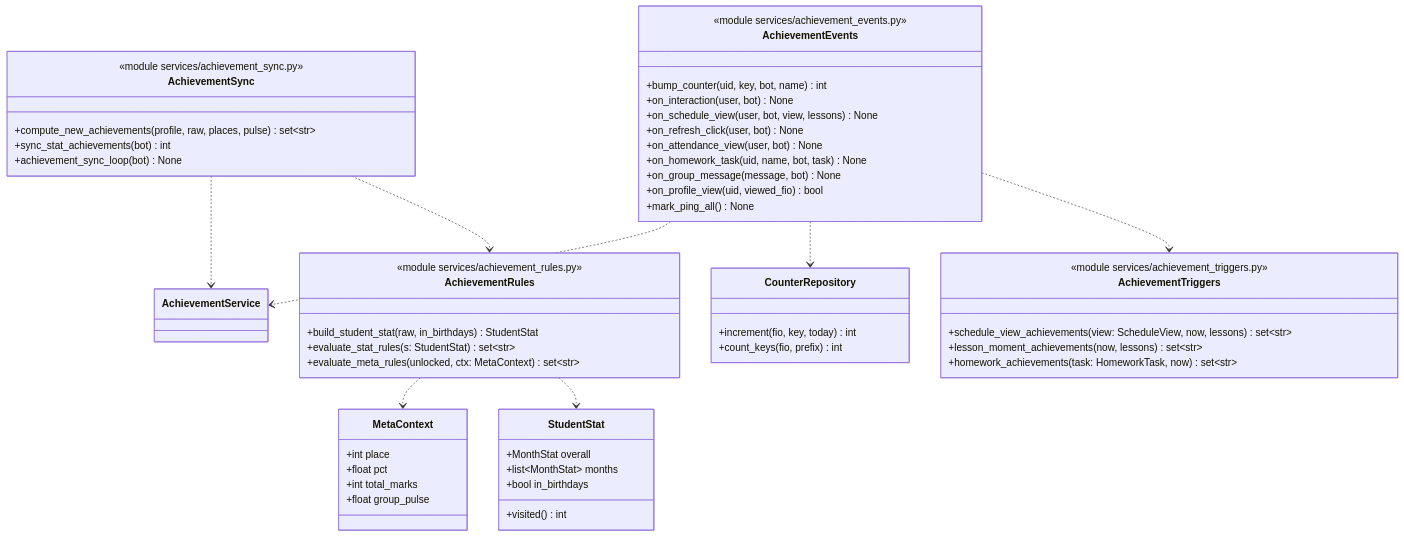
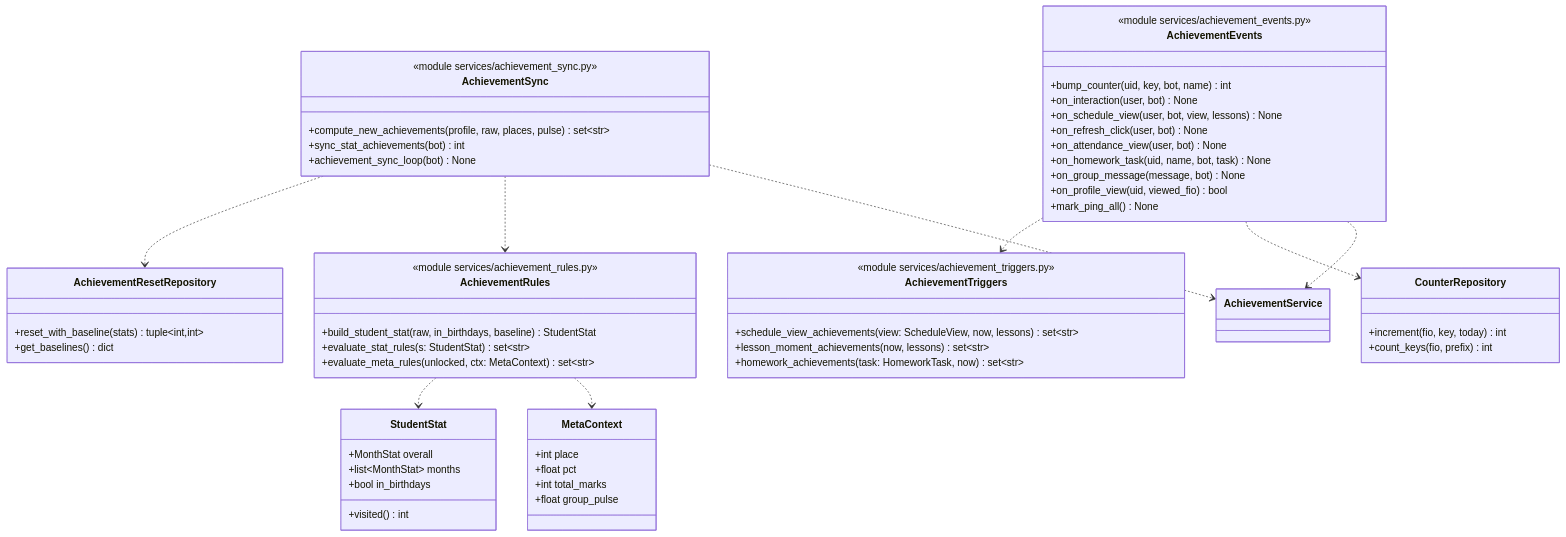
Before and after one commit to Utkautka1/para: diagram 55 of 55 in docs/UML.md, drawn with Mermaid. The commit also changed other lines of this file and 22 other files, not shown here.

First line of the commit message:
feat(gamification): reset achievements with a journal baseline

````diff
--- a/docs/UML.md
+++ b/docs/UML.md
@@ -3432,57 +3442,62 @@
 ```mermaid
 classDiagram
     direction TB
     class StudentStat {
         +MonthStat overall
         +list~MonthStat~ months
         +bool in_birthdays
         +visited() int
     }
     class MetaContext {
         +int place
         +float pct
         +int total_marks
         +float group_pulse
     }
     class AchievementRules {
         <<module services/achievement_rules.py>>
-        +build_student_stat(raw, in_birthdays) StudentStat
+        +build_student_stat(raw, in_birthdays, baseline) StudentStat
         +evaluate_stat_rules(s: StudentStat) set~str~
         +evaluate_meta_rules(unlocked, ctx: MetaContext) set~str~
     }
     class AchievementTriggers {
         <<module services/achievement_triggers.py>>
         +schedule_view_achievements(view: ScheduleView, now, lessons) set~str~
         +lesson_moment_achievements(now, lessons) set~str~
         +homework_achievements(task: HomeworkTask, now) set~str~
     }
     class AchievementEvents {
         <<module services/achievement_events.py>>
         +bump_counter(uid, key, bot, name) int
         +on_interaction(user, bot) None
         +on_schedule_view(user, bot, view, lessons) None
         +on_refresh_click(user, bot) None
         +on_attendance_view(user, bot) None
         +on_homework_task(uid, name, bot, task) None
         +on_group_message(message, bot) None
         +on_profile_view(uid, viewed_fio) bool
         +mark_ping_all() None
     }
     class AchievementSync {
         <<module services/achievement_sync.py>>
         +compute_new_achievements(profile, raw, places, pulse) set~str~
         +sync_stat_achievements(bot) int
         +achievement_sync_loop(bot) None
     }
     class CounterRepository {
         +increment(fio, key, today) int
         +count_keys(fio, prefix) int
     }
+    class AchievementResetRepository {
+        +reset_with_baseline(stats) tuple~int,int~
+        +get_baselines() dict
+    }
+    AchievementSync ..> AchievementResetRepository
     AchievementRules ..> StudentStat
     AchievementRules ..> MetaContext
     AchievementSync ..> AchievementRules
     AchievementEvents ..> AchievementTriggers
     AchievementEvents ..> CounterRepository
     AchievementSync ..> AchievementService
     AchievementEvents ..> AchievementService
 ```
````
